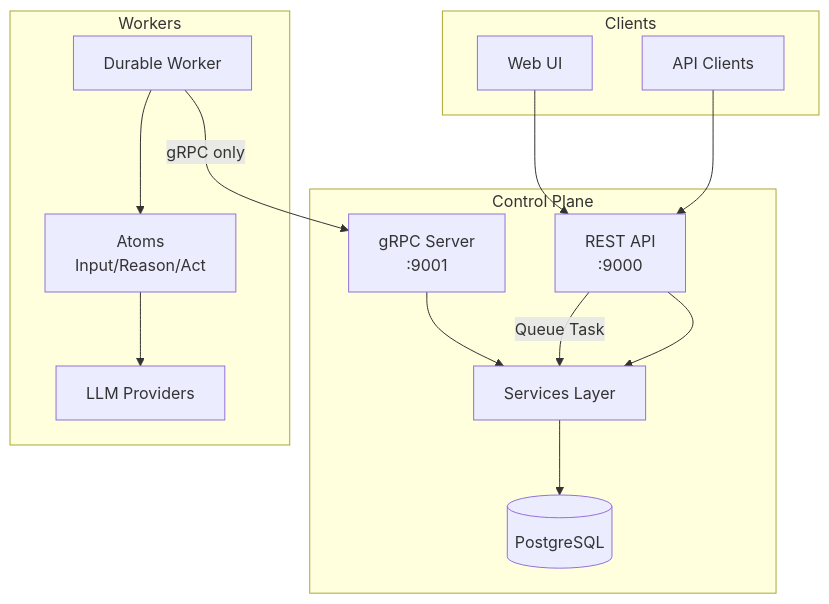
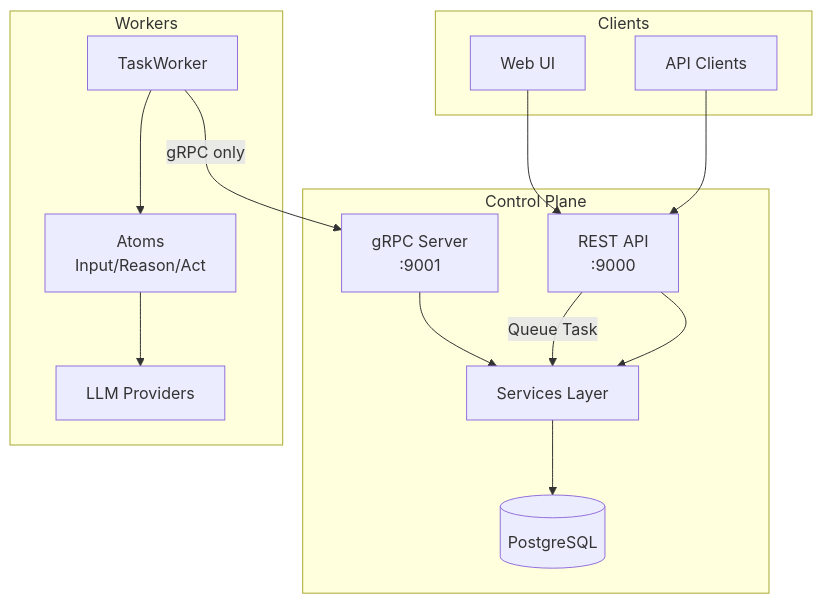
One commit to everruns/everruns changed the first of 3 diagrams in specs/architecture.md. Above: the diagram before and after it, drawn with Mermaid. The commit also changed other lines of this file and 7 other files, not shown here.

First line of the commit message:
refactor(worker): rename UnifiedWorker to TaskWorker and remove legacy dev_worker

````diff
--- a/specs/architecture.md
+++ b/specs/architecture.md
@@ -9,31 +9,31 @@
 ```mermaid
 graph TB
     subgraph Clients
         UI[Web UI]
         API_Client[API Clients]
     end
 
     subgraph Control Plane
         REST[REST API<br/>:9000]
         GRPC[gRPC Server<br/>:9001]
         Services[Services Layer]
         Storage[(PostgreSQL)]
     end
 
     subgraph Workers
-        Worker[Durable Worker]
+        Worker[TaskWorker]
         Atoms[Atoms<br/>Input/Reason/Act]
         LLM[LLM Providers]
     end
 
     UI --> REST
     API_Client --> REST
     REST --> Services
     Services --> Storage
     GRPC --> Services
 
     Worker -->|gRPC only| GRPC
     REST -->|Queue Task| Services
     Worker --> Atoms
     Atoms --> LLM
 ```
````
